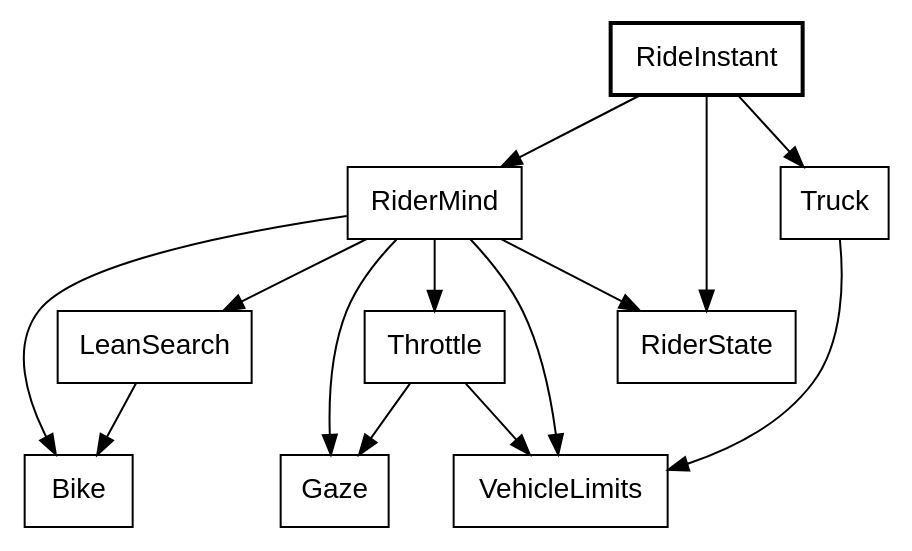
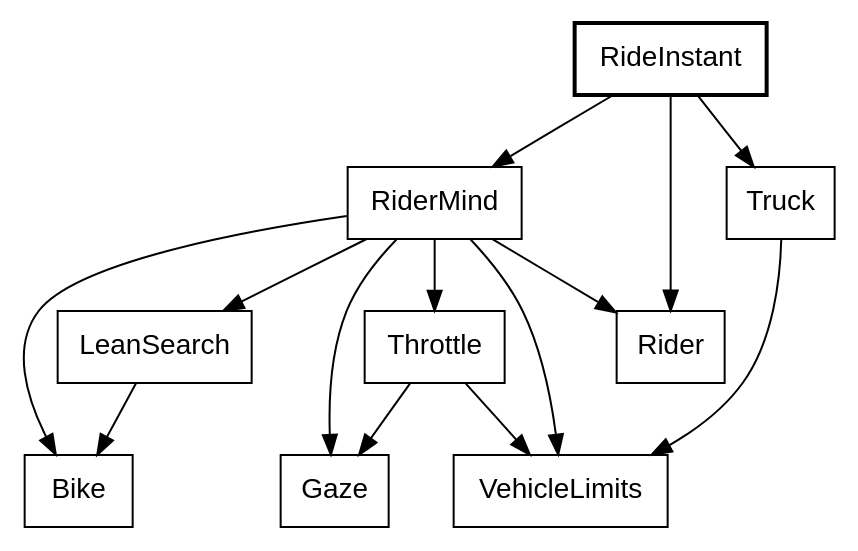
One commit to showell/roc-apps changed diagram 15 of 35 in canvas_apps/safari/tutorial/tutorial.md. Above: the diagram before and after it, drawn with Graphviz. The commit also changed other lines of this file and 6 other files, not shown here.

````diff
--- a/canvas_apps/safari/tutorial/tutorial.md
+++ b/canvas_apps/safari/tutorial/tutorial.md
@@ -1459,19 +1459,19 @@
 ```dot
 digraph stepped {
   node [shape=box, fontname="Helvetica"];
   RideInstant [style=bold];
   RideInstant -> RiderMind;
   RideInstant -> Truck;
-  RideInstant -> RiderState;
+  RideInstant -> Rider;
   RiderMind -> Bike;
   RiderMind -> Throttle;
   RiderMind -> LeanSearch;
   RiderMind -> Gaze;
-  RiderMind -> RiderState;
+  RiderMind -> Rider;
   RiderMind -> VehicleLimits;
   Truck -> VehicleLimits;
   Throttle -> Gaze;
   Throttle -> VehicleLimits;
   LeanSearch -> Bike;
 }
 ```
````
